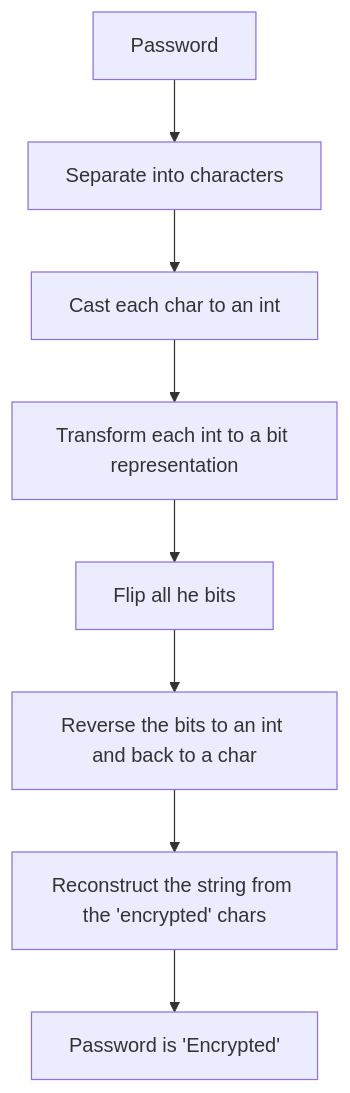
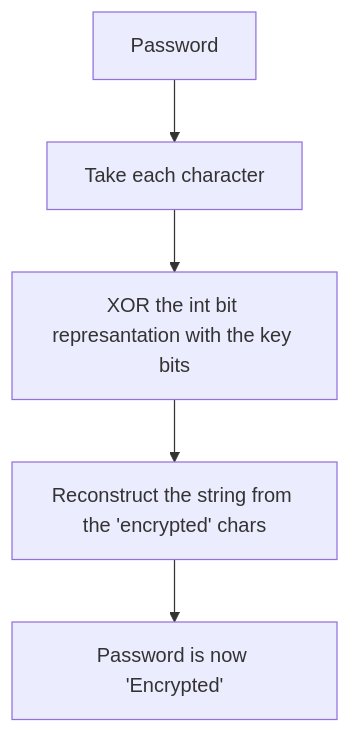
One commit to cvauthgr/NaiveTextEncryptor changed the diagram in README.md. Above: the diagram before and after it, drawn with Mermaid. The commit also changed other lines of this file, not shown here.

````diff
--- a/README.md
+++ b/README.md
@@ -8,17 +8,11 @@
 ```mermaid
 ---
 config:
   layout: fixed
 ---
 flowchart TB
-    A["Password"] --> B["Separate into characters"]
-    B --> C["Cast each char to an int"]
-    C --> d["Transform each int to a bit representation"]
-    d --> e["Flip all he bits"]
-    e --> f["Reverse the bits to an int and back to a char"]
-    f --> g@{ label: "Reconstruct the string from the 'encrypted' chars" }
-    g --> c@{ label: "Password is 'Encrypted'" }
-
-    g@{ shape: rect}
-    c@{ shape: rect}
+    A["Password"] --> B["Take each character"]
+    B --> d["XOR the int bit represantation with the key bits"]
+    d --> f["Reconstruct the string from the 'encrypted' chars"]
+    f --> c["Password is now 'Encrypted'"]
 ```
````
